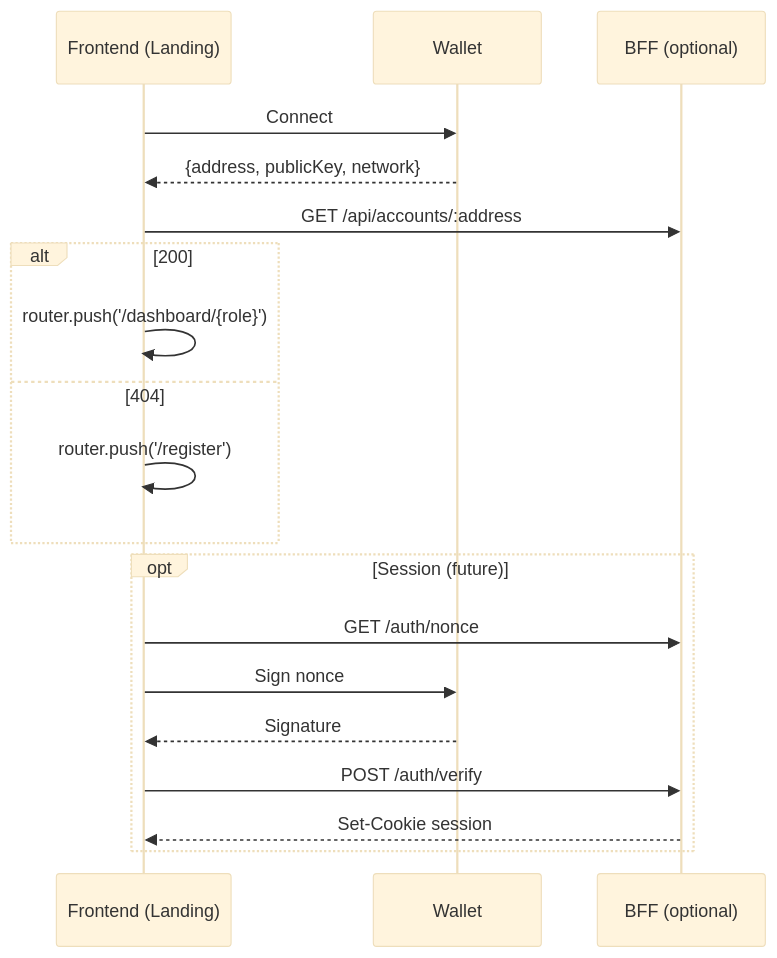
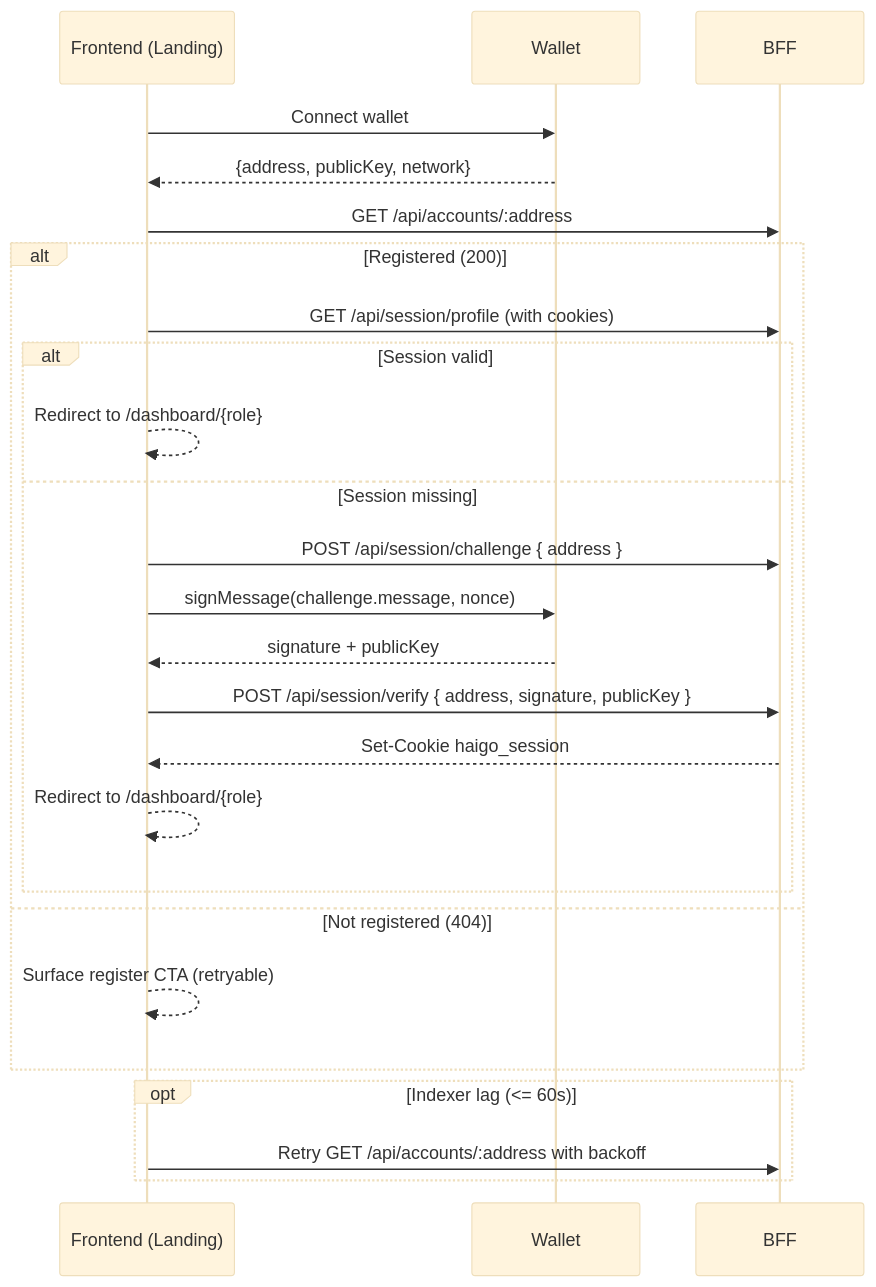
One commit to cyl19970726/haigo changed the diagram in docs/architecture/data-stream-login.md. Above: the diagram before and after it, drawn with Mermaid (base theme). The commit also changed other lines of this file and 496 other files, not shown here.

````diff
--- a/docs/architecture/data-stream-login.md
+++ b/docs/architecture/data-stream-login.md
@@ -5,23 +5,29 @@
 ```mermaid
 sequenceDiagram
   participant FE as Frontend (Landing)
   participant WL as Wallet
-  participant BF as BFF (optional)
+  participant BF as BFF
 
-  FE->>WL: Connect
+  FE->>WL: Connect wallet
   WL-->>FE: {address, publicKey, network}
   FE->>BF: GET /api/accounts/:address
-  alt 200
-    FE->>FE: router.push('/dashboard/{role}')
-  else 404
-    FE->>FE: router.push('/register')
+  alt Registered (200)
+    FE->>BF: GET /api/session/profile (with cookies)
+    alt Session valid
+      FE-->>FE: Redirect to /dashboard/{role}
+    else Session missing
+      FE->>BF: POST /api/session/challenge { address }
+      FE->>WL: signMessage(challenge.message, nonce)
+      WL-->>FE: signature + publicKey
+      FE->>BF: POST /api/session/verify { address, signature, publicKey }
+      BF-->>FE: Set-Cookie haigo_session
+      FE-->>FE: Redirect to /dashboard/{role}
+    end
+  else Not registered (404)
+    FE-->>FE: Surface register CTA (retryable)
   end
 
-  opt Session (future)
-    FE->>BF: GET /auth/nonce
-    FE->>WL: Sign nonce
-    WL-->>FE: Signature
-    FE->>BF: POST /auth/verify
-    BF-->>FE: Set-Cookie session
+  opt Indexer lag (<= 60s)
+    FE->>BF: Retry GET /api/accounts/:address with backoff
   end
 ```
````
